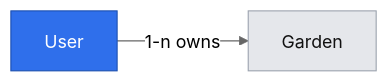
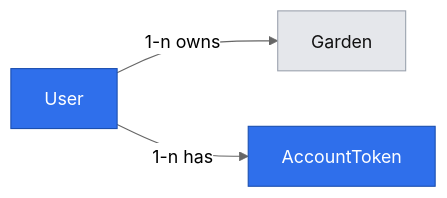
The second of 2 diagrams in .ai/specs/2026-10-20-app-primitives.md (xSauron/ai_tl_project), drawn with Mermaid (neutral theme) before and after one commit. The commit also changed other lines of this file and 3 other files, not shown here.

````diff
--- a/.ai/specs/2026-10-20-app-primitives.md
+++ b/.ai/specs/2026-10-20-app-primitives.md
@@ -155,8 +168,10 @@
 ```mermaid
 flowchart LR
     classDef newEntity fill:#2f6feb,color:#fff,stroke:#1b4fb0
     classDef existingEntity fill:#e5e7eb,color:#111,stroke:#9ca3af
     entity_1["User"]:::newEntity
     entity_2["Garden"]:::existingEntity
+    entity_3["AccountToken"]:::newEntity
     entity_1 -->|1-n owns| entity_2
+    entity_1 -->|1-n has| entity_3
 ```
````
